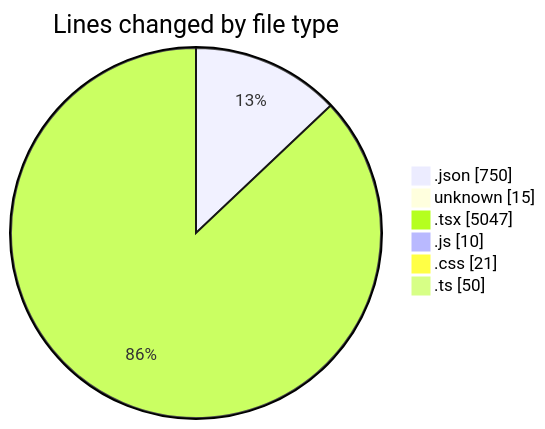
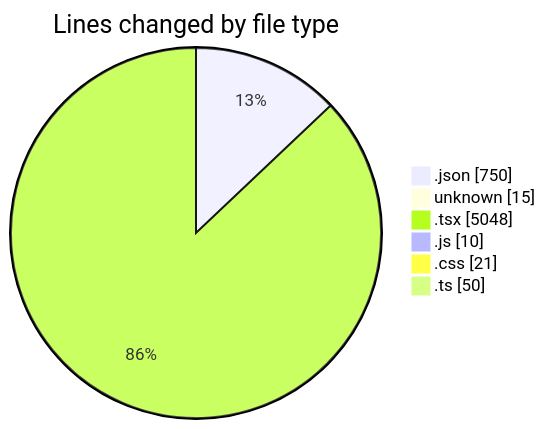
One commit to Elitesun/code-tracking changed the first of 2 diagrams in 2025-05-02/niten/README.md. Above: the diagram before and after it, drawn with Mermaid. The commit also changed other lines of this file and 1 other file, not shown here.

````diff
--- a/2025-05-02/niten/README.md
+++ b/2025-05-02/niten/README.md
@@ -68,10 +68,10 @@
 ```mermaid
 pie showData
 title Lines changed by file type
 ".json" : 750
 "unknown" : 15
-".tsx" : 5047
+".tsx" : 5048
 ".js" : 10
 ".css" : 21
 ".ts" : 50
 ```
````
